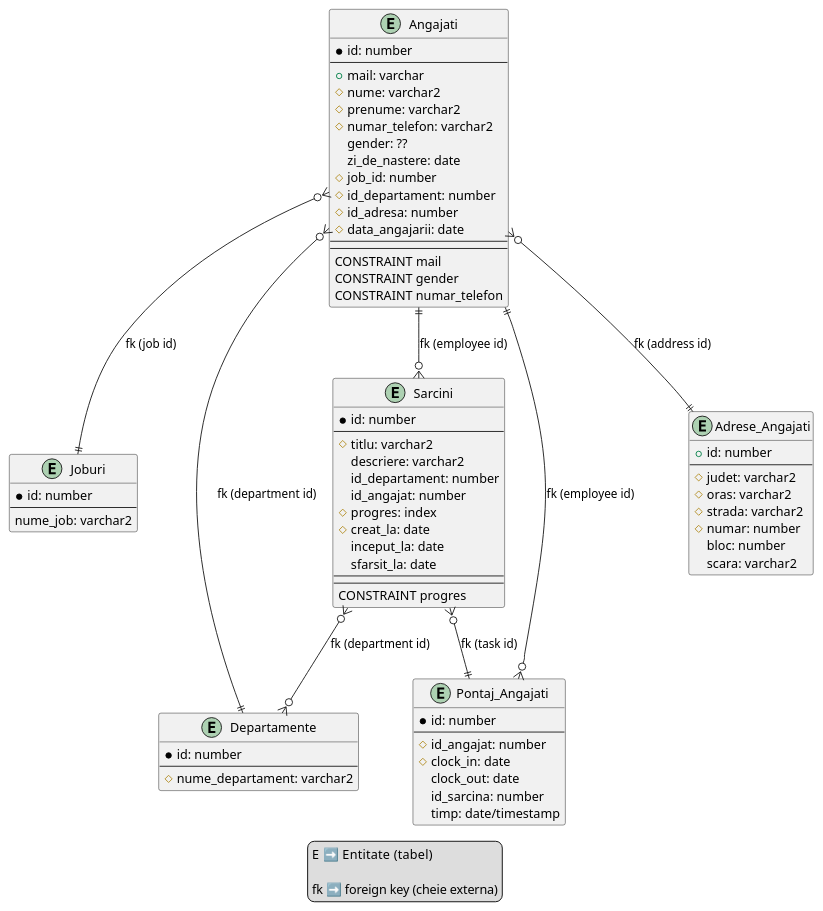
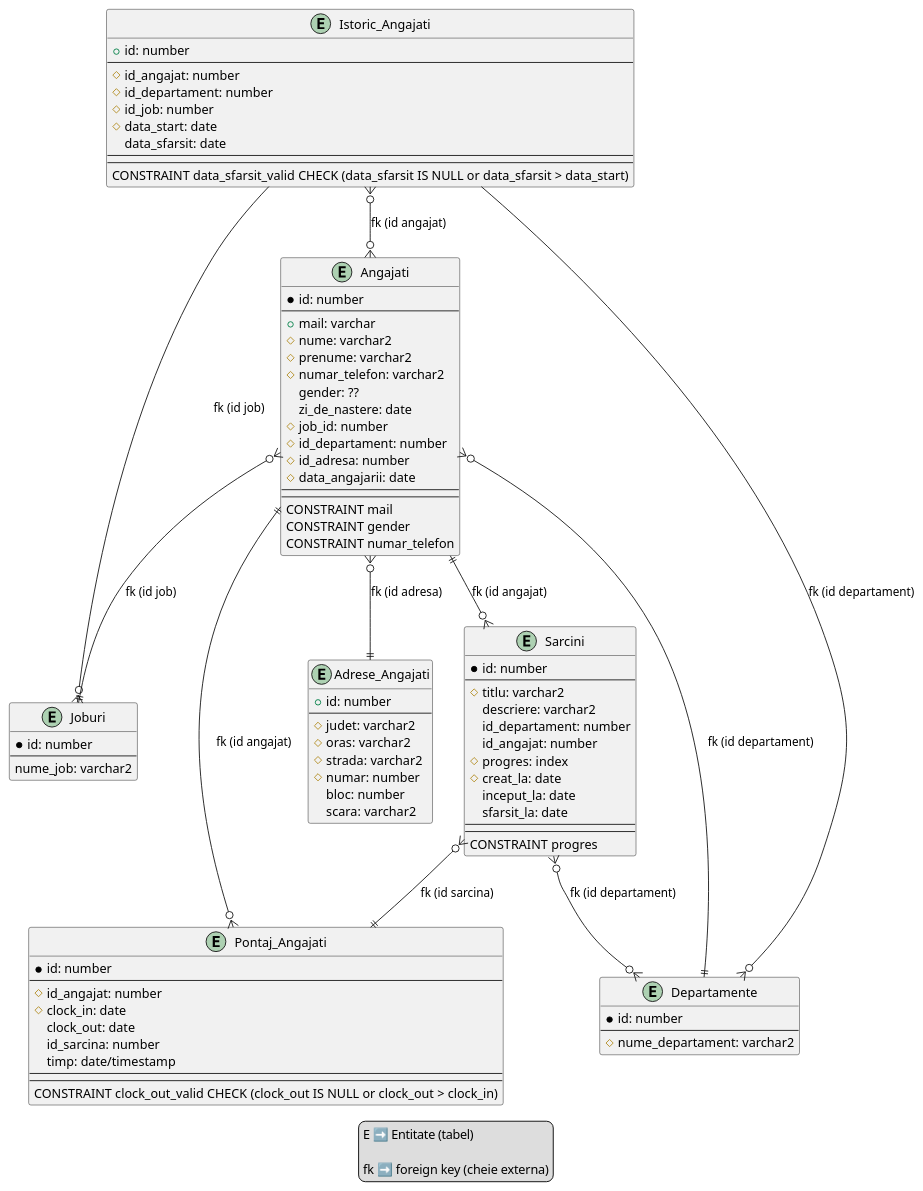
The diagram in diagrams/diagram.puml (BalteiVasile/db-auto-service-project), drawn with PlantUML before and after one commit. The commit also changed 1 other file, not shown here.

Commit message:
Diagrams fine touches

```diff
--- a/diagrams/diagram.puml
+++ b/diagrams/diagram.puml
@@ -1,92 +1,112 @@
 @startuml service_auto
 
 entity Angajati
 {
   *id: number
   --
   +mail: varchar
   #nume: varchar2
   #prenume: varchar2
   #numar_telefon: varchar2
   gender: ??
   zi_de_nastere: date
   #job_id: number
   #id_departament: number
   #id_adresa: number
   #data_angajarii: date
   --
   --
   CONSTRAINT mail
   CONSTRAINT gender
   CONSTRAINT numar_telefon
 }
 
 entity Joburi
 {
   *id: number
   --
   nume_job: varchar2
 }
 
 entity Departamente
 {
   *id: number
   --
-  #nume_departament: varchar2 
+  #nume_departament: varchar2
 }
 
 entity Sarcini
 {
   *id: number
   --
   #titlu: varchar2
   descriere: varchar2
   id_departament: number
   id_angajat: number
   #progres: index
   #creat_la: date
   inceput_la: date
   sfarsit_la: date
   --
   --
   CONSTRAINT progres
 }
 
 entity Pontaj_Angajati
 {
   *id: number
   --
   #id_angajat: number
   #clock_in: date
   clock_out: date
   id_sarcina: number
   timp: date/timestamp
+  --
+  --
+  CONSTRAINT clock_out_valid CHECK (clock_out IS NULL or clock_out > clock_in)
 }
 
 entity Adrese_Angajati
 {
   +id: number
   --
   #judet: varchar2
   #oras: varchar2
   #strada: varchar2
   #numar: number
   bloc: number
   scara: varchar2
 }
 
-Angajati }o--|| Joburi: "fk (job id)"
-Angajati }o--|| Adrese_Angajati: "fk (address id)"
-Angajati }o--|| Departamente: "fk (department id)"
-Angajati ||--o{ Pontaj_Angajati: "fk (employee id)"
-Angajati ||--o{ Sarcini: "fk (employee id)"
-Sarcini  }o--o{ Departamente: "fk (department id)"
-Sarcini  }o--|| Pontaj_Angajati: "fk (task id)"
+entity Istoric_Angajati
+{
+  +id: number
+  --
+  #id_angajat: number
+  #id_departament: number
+  #id_job: number
+  #data_start: date
+  data_sfarsit: date
+  --
+  --
+  CONSTRAINT data_sfarsit_valid CHECK (data_sfarsit IS NULL or data_sfarsit > data_start)
+}
+
+Angajati }o--|| Joburi: "fk (id job)"
+Angajati }o--|| Adrese_Angajati: "fk (id adresa)"
+Angajati }o--|| Departamente: "fk (id departament)"
+Angajati ||--o{ Pontaj_Angajati: "fk (id angajat)"
+Angajati ||--o{ Sarcini: "fk (id angajat)"
+Sarcini  }o--o{ Departamente: "fk (id departament)"
+Sarcini  }o--|| Pontaj_Angajati: "fk (id sarcina)"
+Istoric_Angajati --o{ Joburi: "fk (id job)"
+Istoric_Angajati --o{ Departamente: "fk (id departament)"
+Istoric_Angajati }o--o{ Angajati: "fk (id angajat)"
 
 legend
-  E    ➡️ Entitate (tabel)
+  E ➡️ Entitate (tabel)
 
   fk ➡️ foreign key (cheie externa)
 endlegend
 
 @enduml
```
